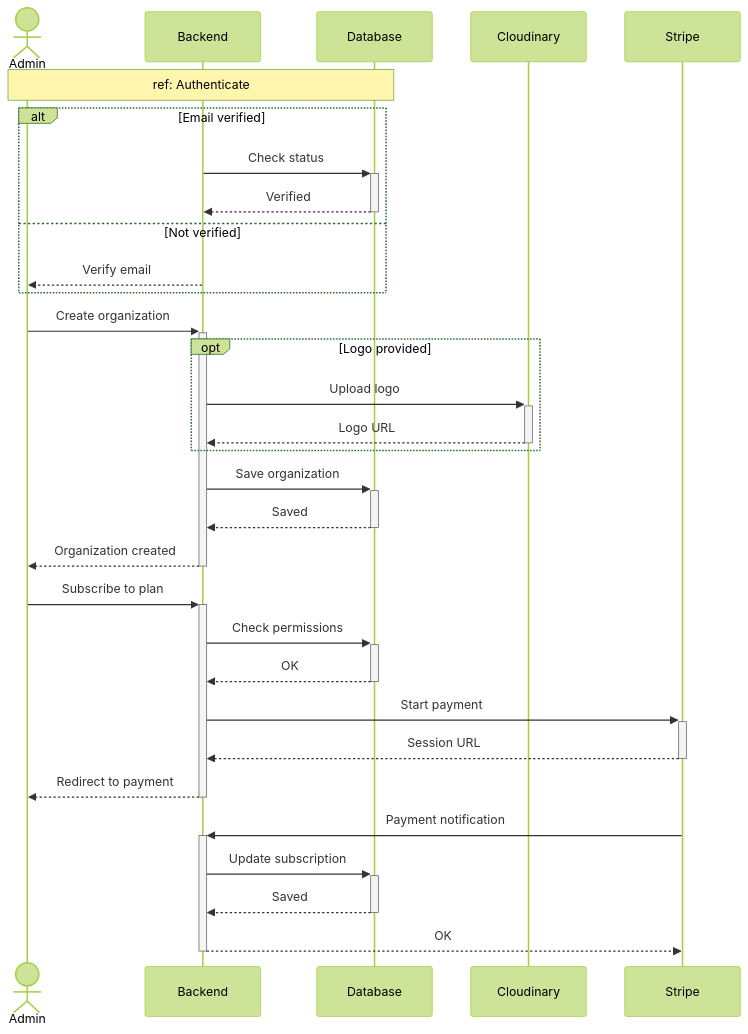
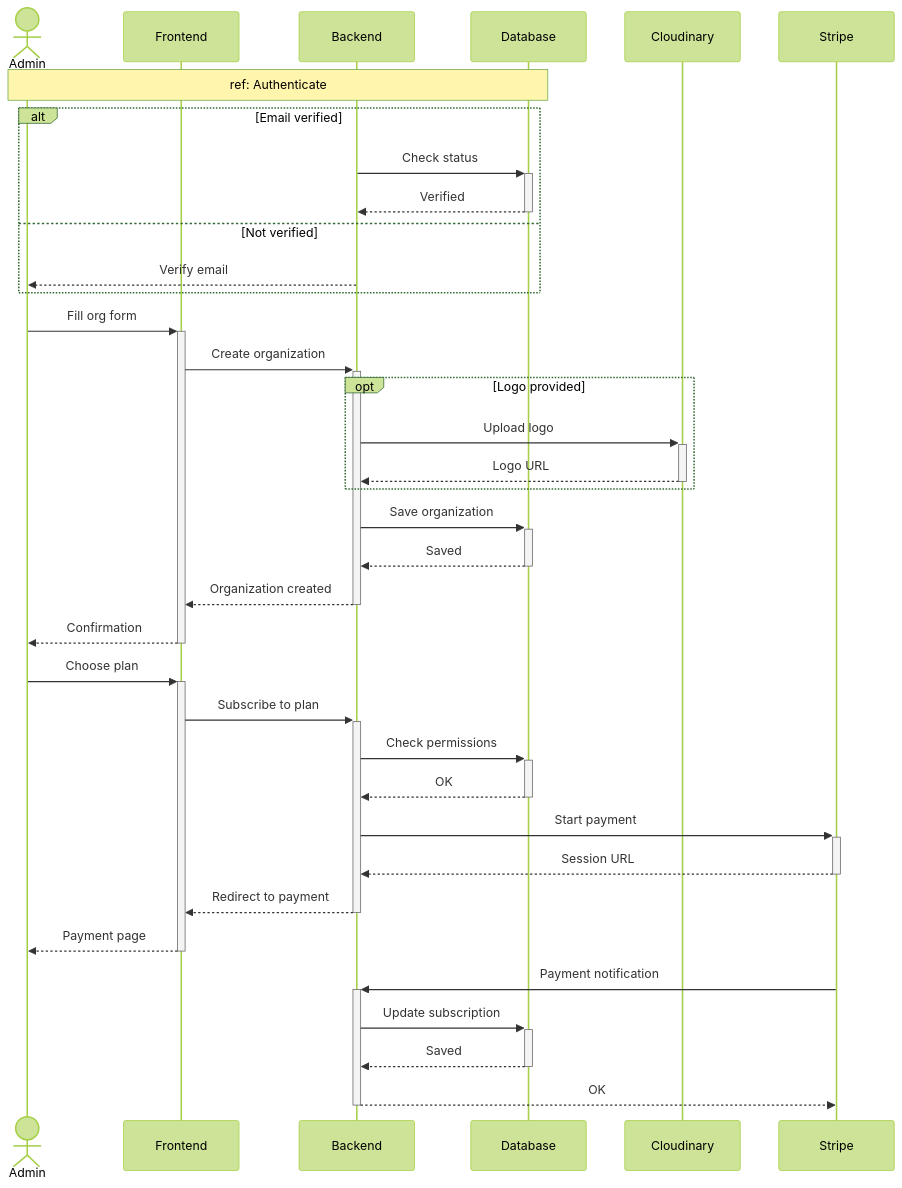
The fourth of 16 diagrams in docs/SEQUENCE_DIAGRAMS.md (MohamedChebbi123/teamnest), drawn with Mermaid (forest theme) before and after one commit. The commit also changed other lines of this file, not shown here.

````diff
--- a/docs/SEQUENCE_DIAGRAMS.md
+++ b/docs/SEQUENCE_DIAGRAMS.md
@@ -150,38 +162,43 @@
 ```mermaid
 sequenceDiagram
     actor Admin
+    participant FE as Frontend
     participant API as Backend
     participant DB as Database
     participant Cloud as Cloudinary
     participant Stripe
 
     Note over Admin,DB: ref: Authenticate
 
     alt Email verified
         API->>+DB: Check status
         DB-->>-API: Verified
     else Not verified
         API-->>Admin: Verify email
     end
 
-    Admin->>+API: Create organization
+    Admin->>+FE: Fill org form
+    FE->>+API: Create organization
     opt Logo provided
         API->>+Cloud: Upload logo
         Cloud-->>-API: Logo URL
     end
     API->>+DB: Save organization
     DB-->>-API: Saved
-    API-->>-Admin: Organization created
+    API-->>-FE: Organization created
+    FE-->>-Admin: Confirmation
 
-    Admin->>+API: Subscribe to plan
+    Admin->>+FE: Choose plan
+    FE->>+API: Subscribe to plan
     API->>+DB: Check permissions
     DB-->>-API: OK
     API->>+Stripe: Start payment
     Stripe-->>-API: Session URL
-    API-->>-Admin: Redirect to payment
+    API-->>-FE: Redirect to payment
+    FE-->>-Admin: Payment page
 
     Stripe->>+API: Payment notification
     API->>+DB: Update subscription
     DB-->>-API: Saved
     API-->>-Stripe: OK
 ```
````
